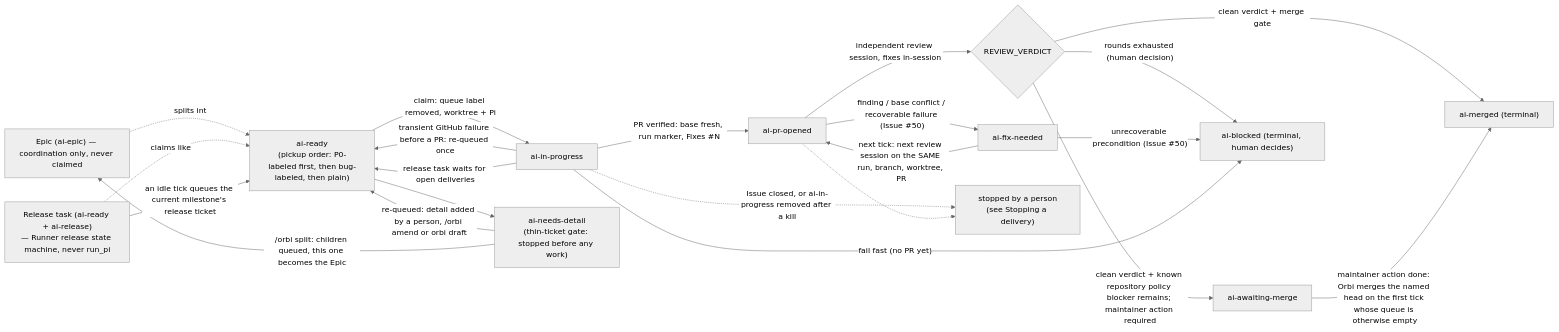
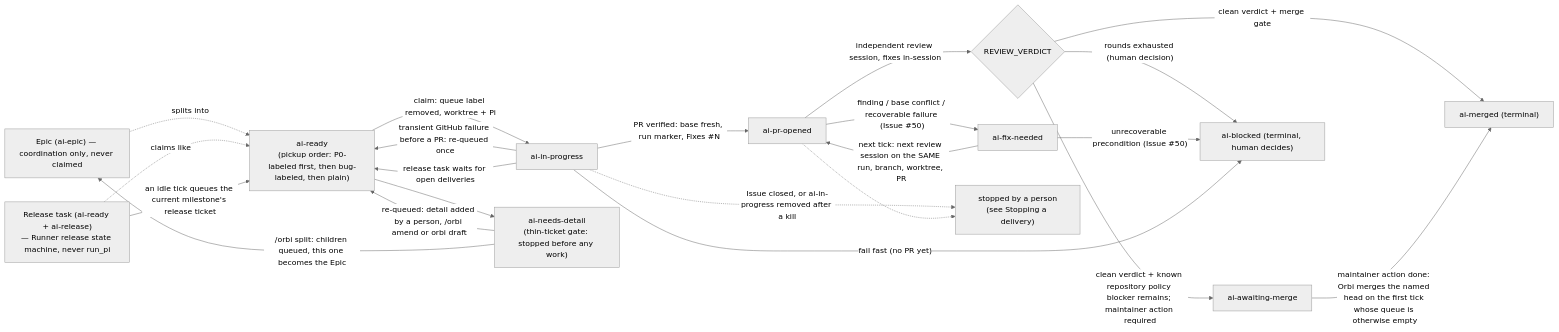
One commit to orbi-build/orbi changed the diagram in docs/workflow.mdx. Above: the diagram before and after it, drawn with Mermaid (neutral theme). The commit also changed 1 other file, not shown here.

Commit message:
docs: write the Epic and release task edges with pipe labels (#2345)

````diff
--- a/docs/workflow.mdx
+++ b/docs/workflow.mdx
@@ -28,27 +28,27 @@
 ```mermaid
 flowchart LR
   epic["Epic (ai-epic) — coordination only, never claimed"]
-  epic -.splits into.-> ready
+  epic -.->|"splits into"| ready
   release["Release task (ai-ready + ai-release)<br/>— Runner release state machine, never run_pi"]
-  release -.claims like.-> ready
+  release -.->|"claims like"| ready
   ready["ai-ready<br/>(pickup order: P0-labeled first, then bug-labeled, then plain)"]
   ready -->|claim: queue label removed, worktree + Pi| progress["ai-in-progress"]
   progress -->|PR verified: base fresh, run marker, Fixes #N| opened["ai-pr-opened"]
   opened -->|independent review session, fixes in-session| verdict{REVIEW_VERDICT}
   verdict -->|clean verdict + merge gate| merged["ai-merged (terminal)"]
   verdict -->|clean verdict + known repository policy blocker remains; maintainer action required| awaiting["ai-awaiting-merge"]
   awaiting -->|maintainer action done: Orbi merges the named head on the first tick whose queue is otherwise empty| merged
   verdict -->|"rounds exhausted (human decision)"| blocked["ai-blocked (terminal, human decides)"]
   opened -->|"finding / base conflict / recoverable failure (Issue #50)"| fixneeded["ai-fix-needed"]
   fixneeded -->|next tick: next review session on the SAME run, branch, worktree, PR| opened
   fixneeded -->|"unrecoverable precondition (Issue #50)"| blocked
   progress -->|"fail fast (no PR yet)"| blocked
   ready --> needsdetail["ai-needs-detail<br/>(thin-ticket gate: stopped before any work)"]
   needsdetail -->|"re-queued: detail added by a person, /orbi amend or orbi draft"| ready
   needsdetail -->|"/orbi split: children queued, this one becomes the Epic"| epic
   progress -->|"transient GitHub failure before a PR: re-queued once"| ready
   progress -->|"release task waits for open deliveries"| ready
   progress -.->|"Issue closed, or ai-in-progress removed after a kill"| stopped["stopped by a person<br/>(see Stopping a delivery)"]
   opened -.-> stopped
   release -->|"an idle tick queues the current milestone's release ticket"| ready
 ```
````
